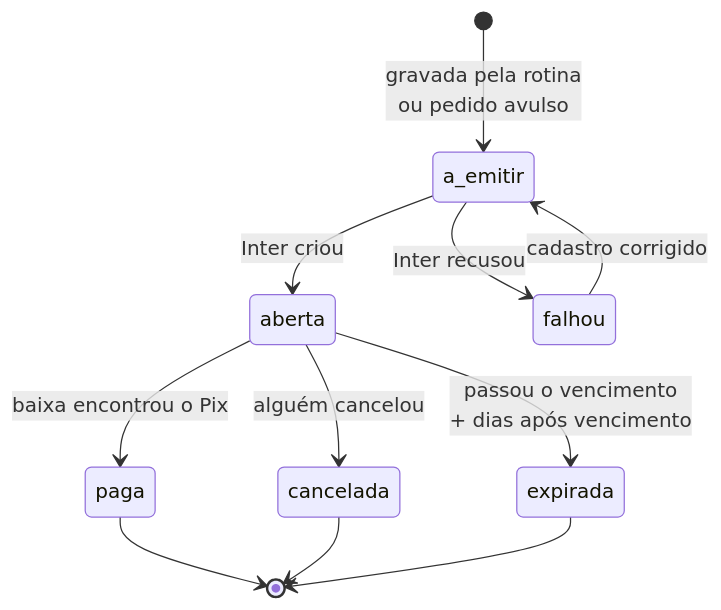
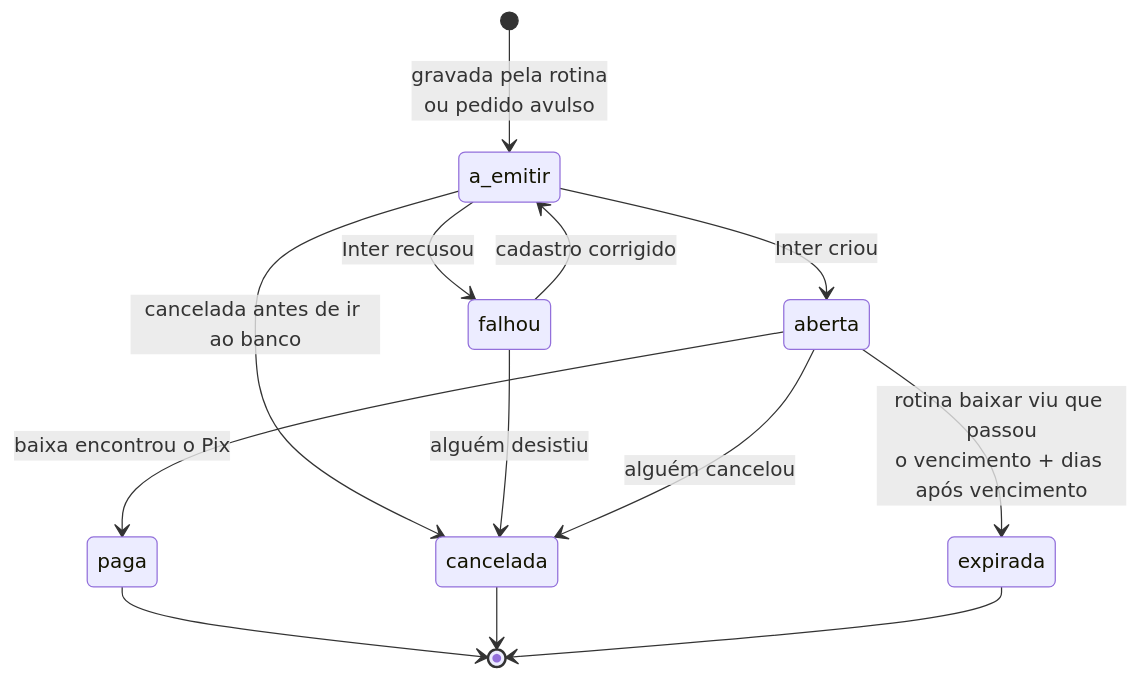
The seventh of 9 diagrams in docs/processos.md (leonardorudolfocardoso/pix-em-dia), drawn with Mermaid before and after one commit. The commit also changed other lines of this file, not shown here.

First line of the commit message:
processos: expiração, cancelamento antes de emitir, campos que faltavam e exemplos genéricos

````diff
--- a/docs/processos.md
+++ b/docs/processos.md
@@ -175,13 +176,15 @@
 ```mermaid
 stateDiagram-v2
   [*] --> a_emitir: gravada pela rotina<br/>ou pedido avulso
   a_emitir --> aberta: Inter criou
   a_emitir --> falhou: Inter recusou
   falhou --> a_emitir: cadastro corrigido
+  a_emitir --> cancelada: cancelada antes de ir ao banco
+  falhou --> cancelada: alguém desistiu
   aberta --> paga: baixa encontrou o Pix
   aberta --> cancelada: alguém cancelou
-  aberta --> expirada: passou o vencimento<br/>+ dias após vencimento
+  aberta --> expirada: rotina baixar viu que passou<br/>o vencimento + dias após vencimento
   paga --> [*]
   cancelada --> [*]
   expirada --> [*]
 ```
````
